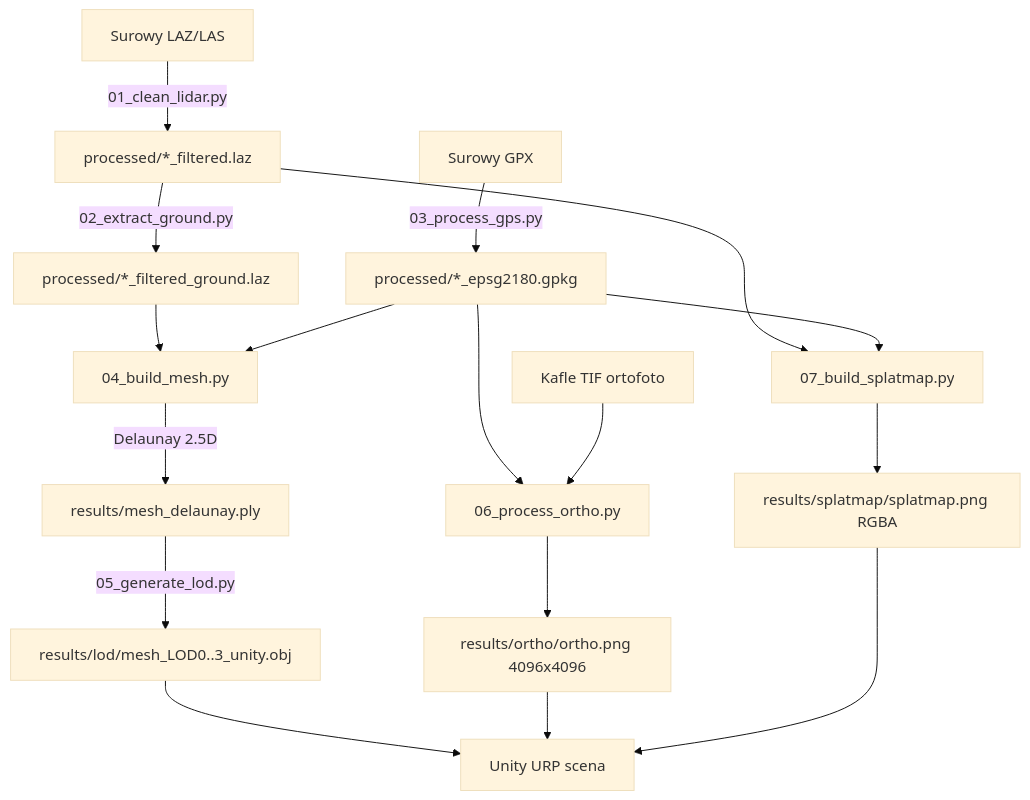
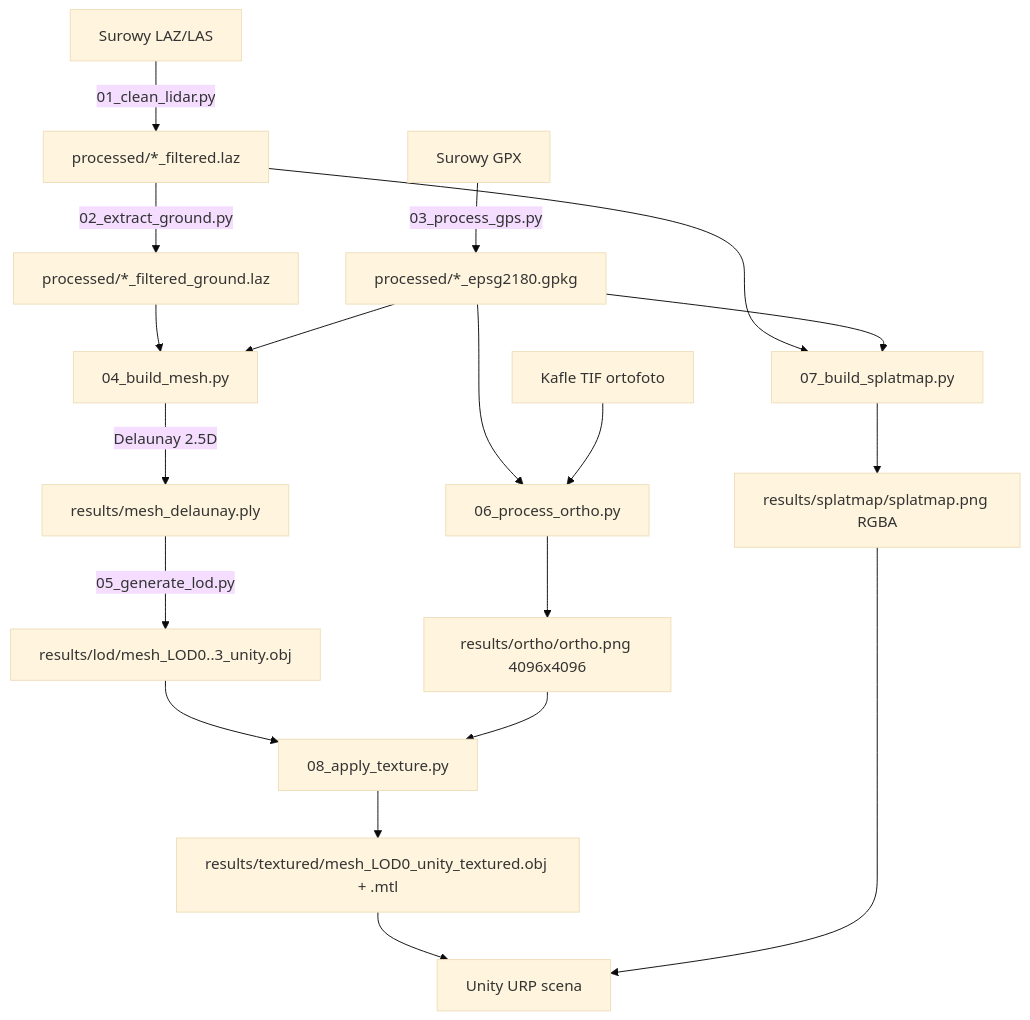
Before and after one commit to Cytryniusz/mtb-trail-reconstruction: the diagram in docs/pipeline.md, drawn with Mermaid (base theme). The commit also changed other lines of this file and 2 other files, not shown here.

````diff
--- a/docs/pipeline.md
+++ b/docs/pipeline.md
@@ -7,19 +7,21 @@
 ```mermaid
 flowchart TD
     A[Surowy LAZ/LAS] -->|01_clean_lidar.py| B[processed/*_filtered.laz]
     B -->|02_extract_ground.py| C[processed/*_filtered_ground.laz]
     G[Surowy GPX] -->|03_process_gps.py| H[processed/*_epsg2180.gpkg]
     C --> I
     H --> I[04_build_mesh.py]
     I -->|Delaunay 2.5D| J[results/mesh_delaunay.ply]
     J -->|05_generate_lod.py| K[results/lod/mesh_LOD0..3_unity.obj]
     H --> L[06_process_ortho.py]
     M[Kafle TIF ortofoto] --> L
     L --> N[results/ortho/ortho.png 4096x4096]
     B --> O[07_build_splatmap.py]
     H --> O
     O --> P[results/splatmap/splatmap.png RGBA]
-    K --> Q[Unity URP scena]
-    N --> Q
+    K --> R[08_apply_texture.py]
+    N --> R
+    R --> S[results/textured/mesh_LOD0_unity_textured.obj + .mtl]
+    S --> Q[Unity URP scena]
     P --> Q
 ```
````
